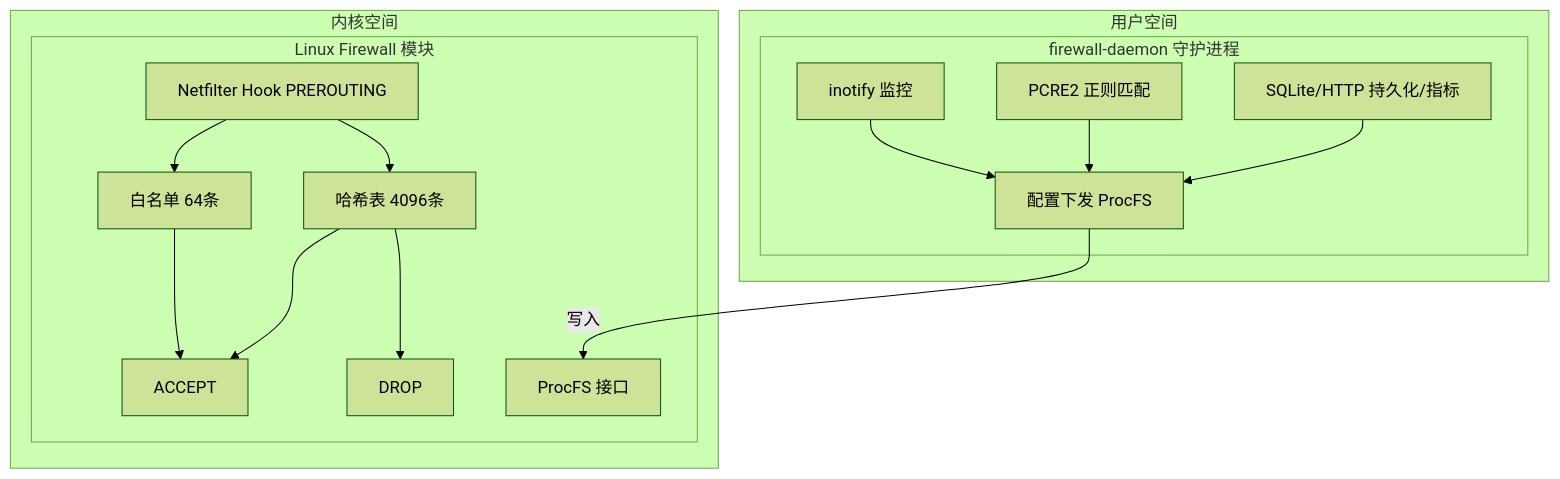
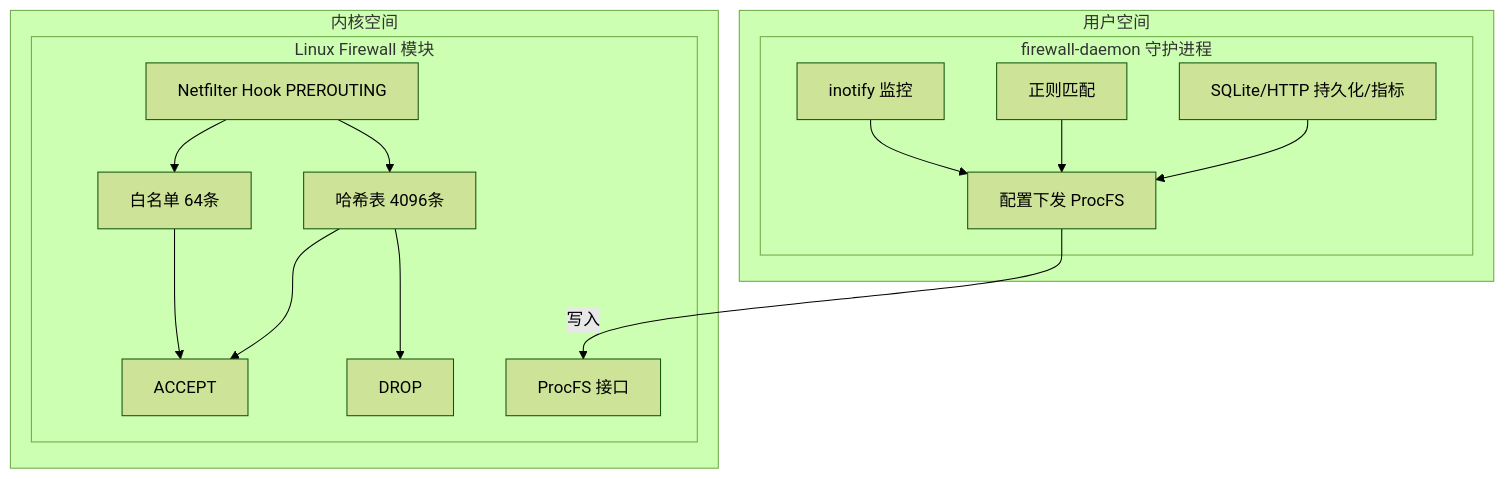
Before and after one commit to SnowCore8/linux-firewall-kmod: the diagram in docs/zh/architecture/README.md, drawn with Mermaid (forest theme). The commit also changed other lines of this file and 35 other files, not shown here.

````diff
--- a/docs/zh/architecture/README.md
+++ b/docs/zh/architecture/README.md
@@ -9,34 +9,34 @@
 ```mermaid
 graph TB
     subgraph UserSpace["用户空间"]
         subgraph Daemon["firewall-daemon 守护进程"]
             Inotify["inotify 监控"]
-            PCRE2["PCRE2 正则匹配"]
+            REGEX["正则匹配"]
             SQLite["SQLite/HTTP 持久化/指标"]
             ProcFS_Client["配置下发 ProcFS"]
-            
+
             Inotify --> ProcFS_Client
-            PCRE2 --> ProcFS_Client
+            REGEX --> ProcFS_Client
             SQLite --> ProcFS_Client
         end
     end
 
     subgraph KernelSpace["内核空间"]
         subgraph Firewall["Linux Firewall 模块"]
             Netfilter["Netfilter Hook PREROUTING"]
             Whitelist["白名单 64条"]
             HashTable["哈希表 4096条"]
             Accept["ACCEPT"]
             Drop["DROP"]
             ProcFS_Server["ProcFS 接口"]
             
             Netfilter --> Whitelist
             Netfilter --> HashTable
             Whitelist --> Accept
             HashTable --> Accept
             HashTable --> Drop
         end
     end
 
     ProcFS_Client -->|"写入"| ProcFS_Server
 ```
````
